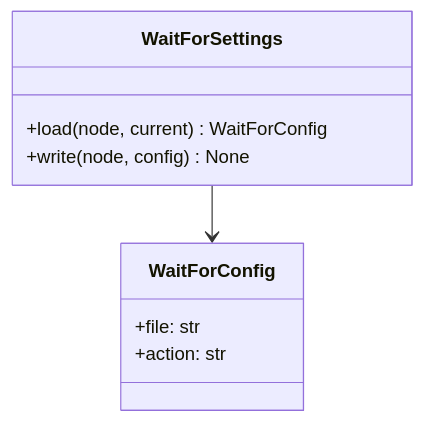
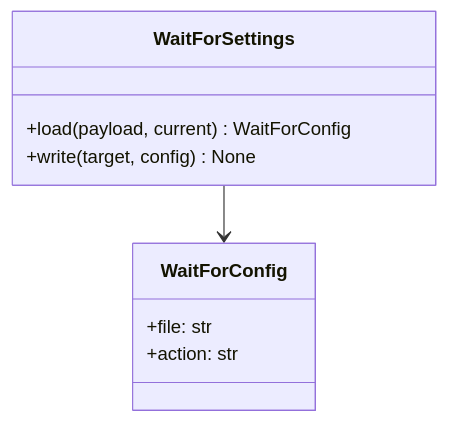
One commit to haruperi/HaruQuantAI changed the diagram in docs/dev/full-reimplementation/12-AppTaskManager.md. Above: the diagram before and after it, drawn with Mermaid. The commit also changed other lines of this file, not shown here.

````diff
--- a/docs/dev/full-reimplementation/12-AppTaskManager.md
+++ b/docs/dev/full-reimplementation/12-AppTaskManager.md
@@ -7,12 +9,12 @@
 ```mermaid
 classDiagram
   class WaitForConfig {
     +file: str
     +action: str
   }
   class WaitForSettings {
-    +load(node, current) WaitForConfig
-    +write(node, config) None
+    +load(payload, current) WaitForConfig
+    +write(target, config) None
   }
   WaitForSettings --> WaitForConfig
 ```
````
